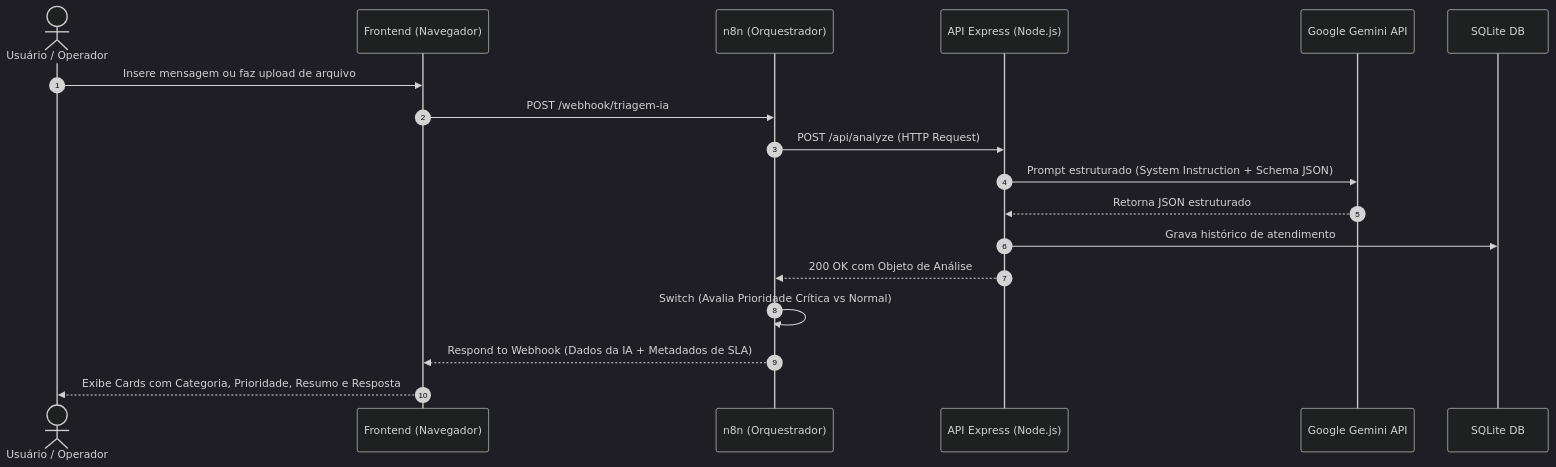
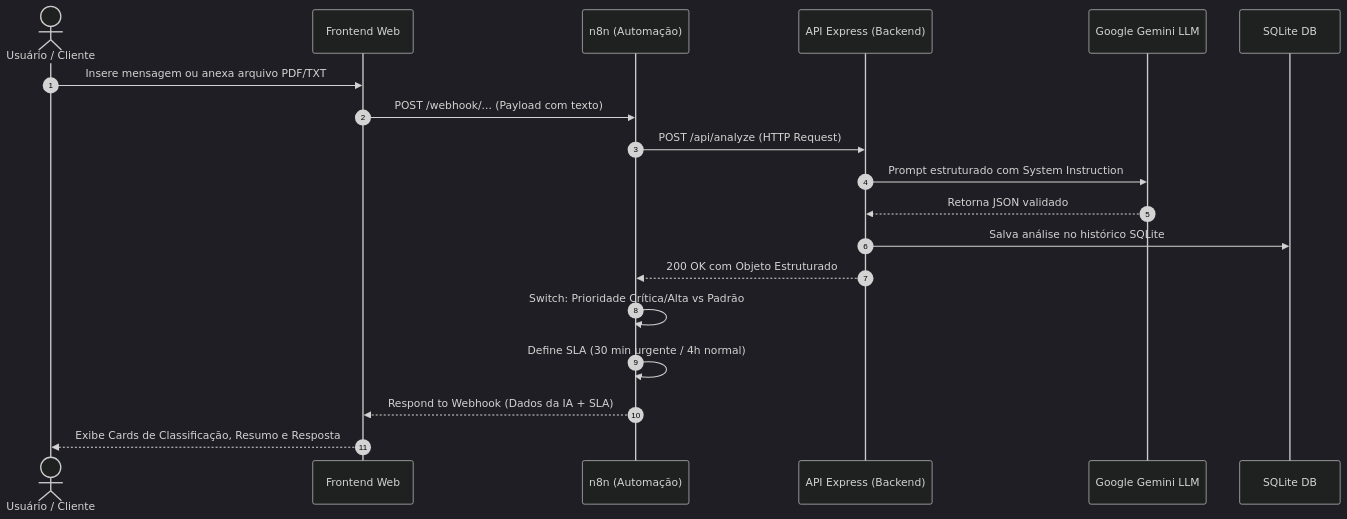
One commit to Davisvasconcellos/kodie-desafio1 changed the diagram in README.md. Above: the diagram before and after it, drawn with Mermaid (dark theme). The commit also changed other lines of this file and 3 other files, not shown here.

````diff
--- a/README.md
+++ b/README.md
@@ -56,21 +79,22 @@
 ```mermaid
 sequenceDiagram
     autonumber
-    actor Usuario as Usuário / Operador
-    participant Front as Frontend (Navegador)
-    participant N8N as n8n (Orquestrador)
-    participant API as API Express (Node.js)
-    participant Gemini as Google Gemini API
+    actor Cliente as Usuário / Cliente
+    participant Front as Frontend Web
+    participant N8N as n8n (Automação)
+    participant API as API Express (Backend)
+    participant Gemini as Google Gemini LLM
     participant DB as SQLite DB
 
-    Usuario->>Front: Insere mensagem ou faz upload de arquivo
-    Front->>N8N: POST /webhook/triagem-ia
+    Cliente->>Front: Insere mensagem ou anexa arquivo PDF/TXT
+    Front->>N8N: POST /webhook/... (Payload com texto)
     N8N->>API: POST /api/analyze (HTTP Request)
-    API->>Gemini: Prompt estruturado (System Instruction + Schema JSON)
-    Gemini-->>API: Retorna JSON estruturado
-    API->>DB: Grava histórico de atendimento
-    API-->>N8N: 200 OK com Objeto de Análise
-    N8N->>N8N: Switch (Avalia Prioridade Crítica vs Normal)
-    N8N-->>Front: Respond to Webhook (Dados da IA + Metadados de SLA)
-    Front-->>Usuario: Exibe Cards com Categoria, Prioridade, Resumo e Resposta
+    API->>Gemini: Prompt estruturado com System Instruction
+    Gemini-->>API: Retorna JSON validado
+    API->>DB: Salva análise no histórico SQLite
+    API-->>N8N: 200 OK com Objeto Estruturado
+    N8N->>N8N: Switch: Prioridade Crítica/Alta vs Padrão
+    N8N->>N8N: Define SLA (30 min urgente / 4h normal)
+    N8N-->>Front: Respond to Webhook (Dados da IA + SLA)
+    Front-->>Cliente: Exibe Cards de Classificação, Resumo e Resposta
 ```
````
